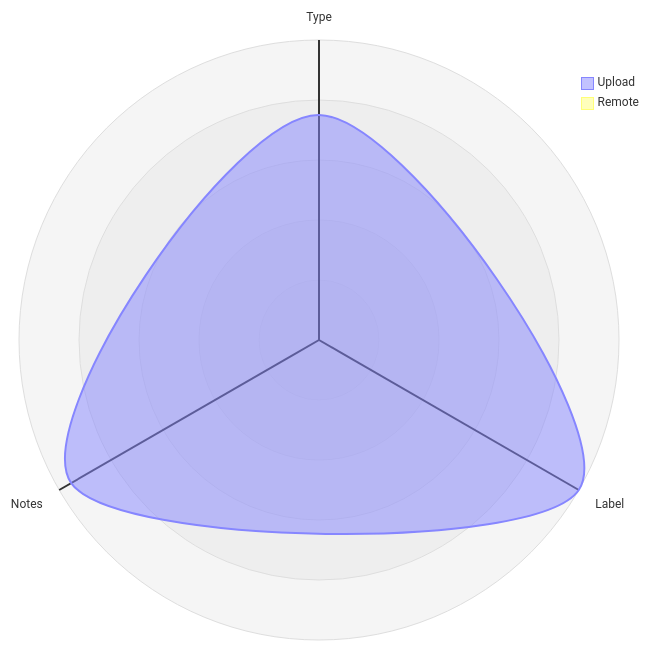
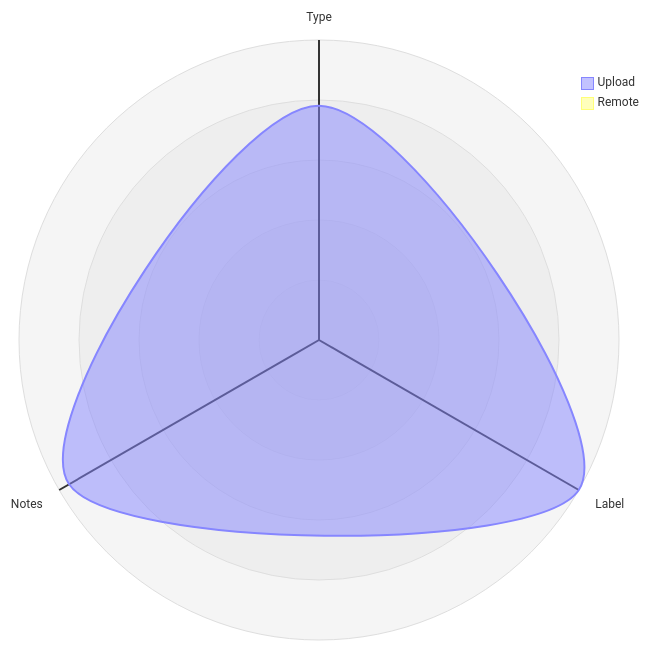
The third of 5 diagrams in datastore_tracker/README.md (open-data/analytics-corporate-reporting), drawn with Mermaid before and after one commit. The commit also changed 5 other files, not shown here.

````diff
--- a/datastore_tracker/README.md
+++ b/datastore_tracker/README.md
@@ -104,12 +104,12 @@
 ```mermaid
 radar-beta
   axis T["Type"], L["Label"], N["Notes"]
-  curve u["Upload"]{0.00081, 0.00108, 0.00103}
+  curve u["Upload"]{0.00082, 0.00105, 0.00101}
   curve r["Remote"]{0, 0, 0}
 
   showLegend true
 
   min 0
   graticule circle
   ticks 5
 ```
````
